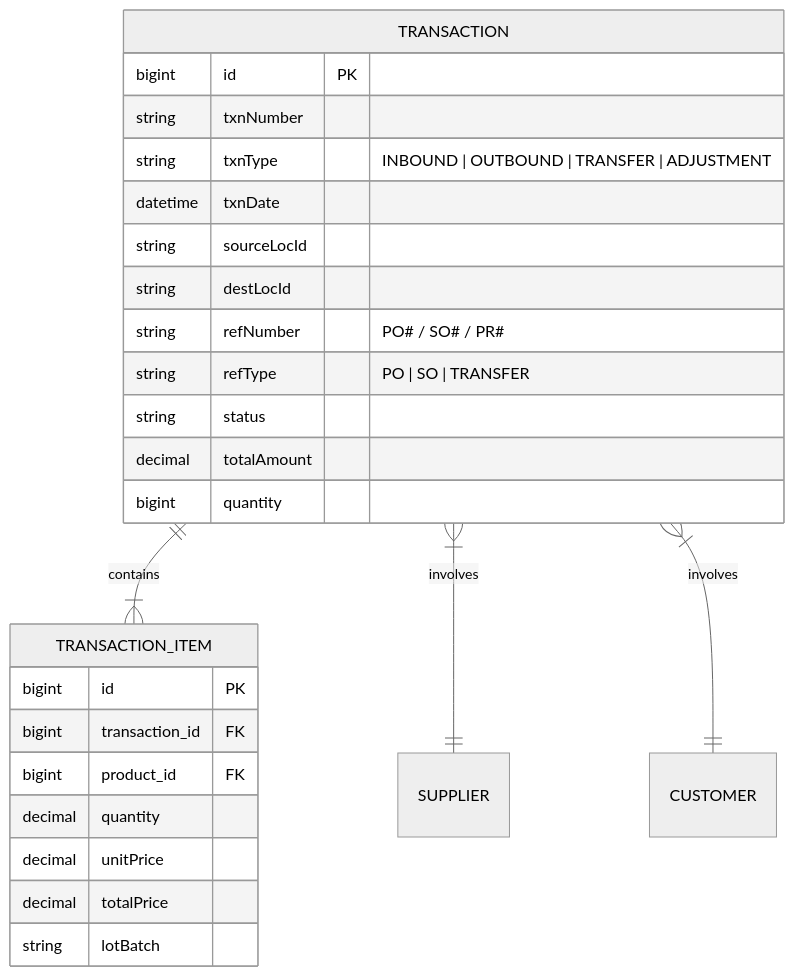
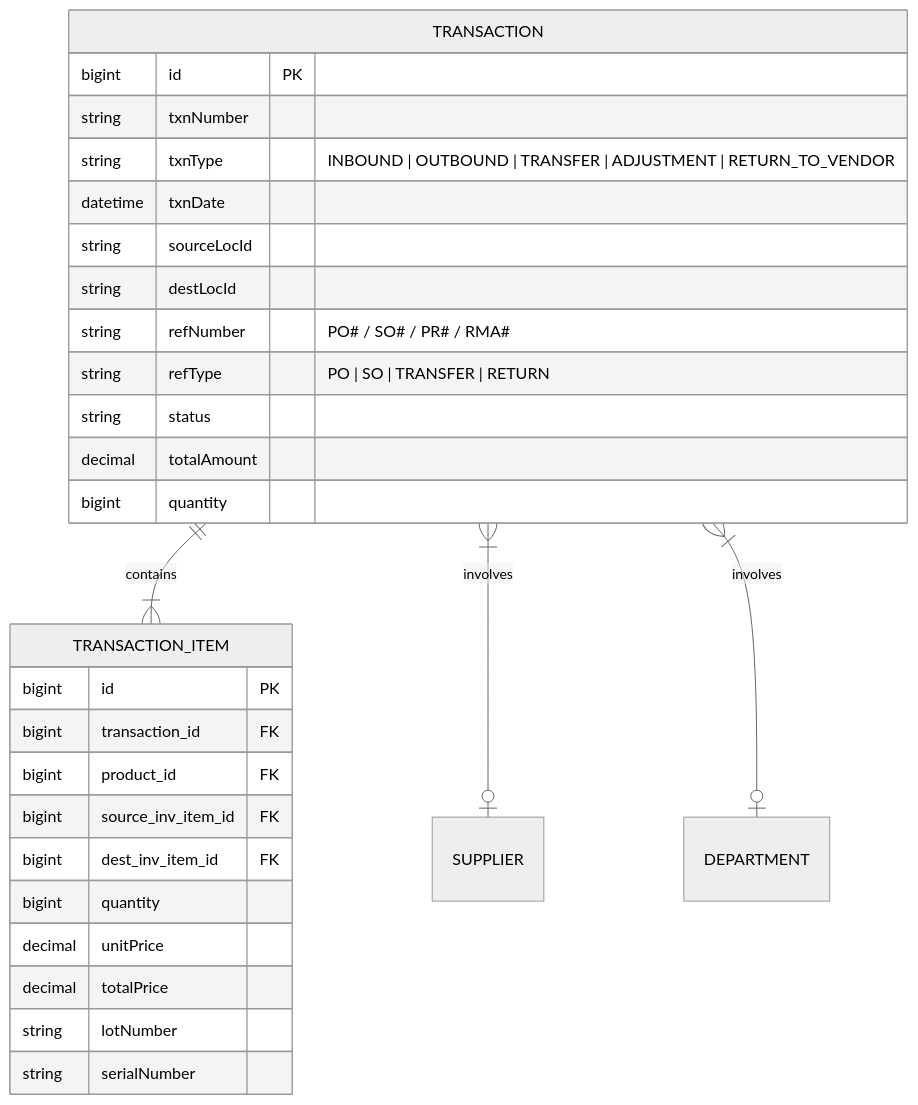
Before and after one commit to putra4648/core-erp: the eighth of 9 diagrams in docs/BUSINESS_PROCESS.md, drawn with Mermaid (neutral theme). The commit also changed other lines of this file and 26 other files, not shown here.

````diff
--- a/docs/BUSINESS_PROCESS.md
+++ b/docs/BUSINESS_PROCESS.md
@@ -349,30 +382,33 @@
 ```mermaid
 erDiagram
     TRANSACTION ||--|{ TRANSACTION_ITEM : contains
-    TRANSACTION }|--|| SUPPLIER : involves
-    TRANSACTION }|--|| CUSTOMER : involves
+    TRANSACTION }|--o| SUPPLIER : involves
+    TRANSACTION }|--o| DEPARTMENT : involves
 
     TRANSACTION {
         bigint id PK
         string txnNumber
-        string txnType "INBOUND | OUTBOUND | TRANSFER | ADJUSTMENT"
+        string txnType "INBOUND | OUTBOUND | TRANSFER | ADJUSTMENT | RETURN_TO_VENDOR"
         datetime txnDate
         string sourceLocId
         string destLocId
-        string refNumber "PO# / SO# / PR#"
-        string refType "PO | SO | TRANSFER"
+        string refNumber "PO# / SO# / PR# / RMA#"
+        string refType "PO | SO | TRANSFER | RETURN"
         string status
         decimal totalAmount
         bigint quantity
     }
 
     TRANSACTION_ITEM {
         bigint id PK
         bigint transaction_id FK
         bigint product_id FK
-        decimal quantity
+        bigint source_inv_item_id FK
+        bigint dest_inv_item_id FK
+        bigint quantity
         decimal unitPrice
         decimal totalPrice
-        string lotBatch
+        string lotNumber
+        string serialNumber
     }
 ```
````
